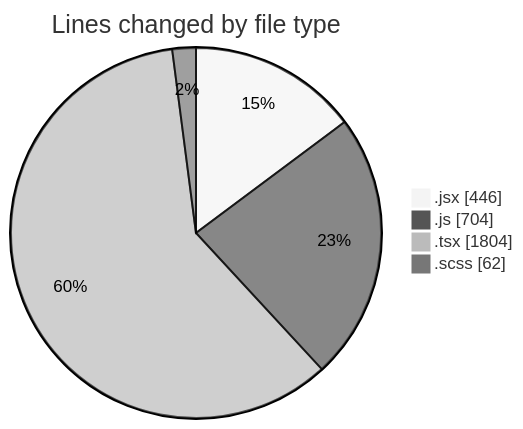
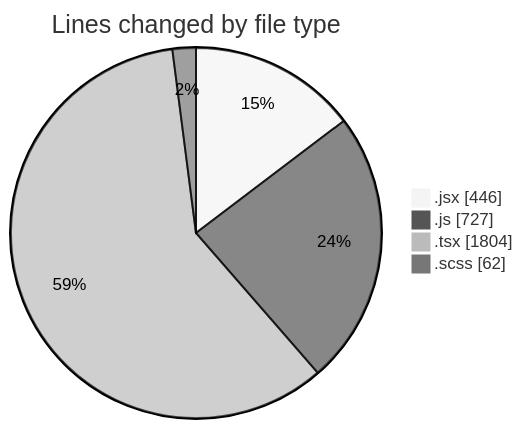
The first of 2 diagrams in 2026-02-12/cda/README.md (momahboobian/code-tracking), drawn with Mermaid (neutral theme) before and after one commit. The commit also changed other lines of this file and 1 other file, not shown here.

````diff
--- a/2026-02-12/cda/README.md
+++ b/2026-02-12/cda/README.md
@@ -27,8 +27,8 @@
 ```mermaid
 pie showData
 title Lines changed by file type
 ".jsx" : 446
-".js" : 704
+".js" : 727
 ".tsx" : 1804
 ".scss" : 62
 ```
````
